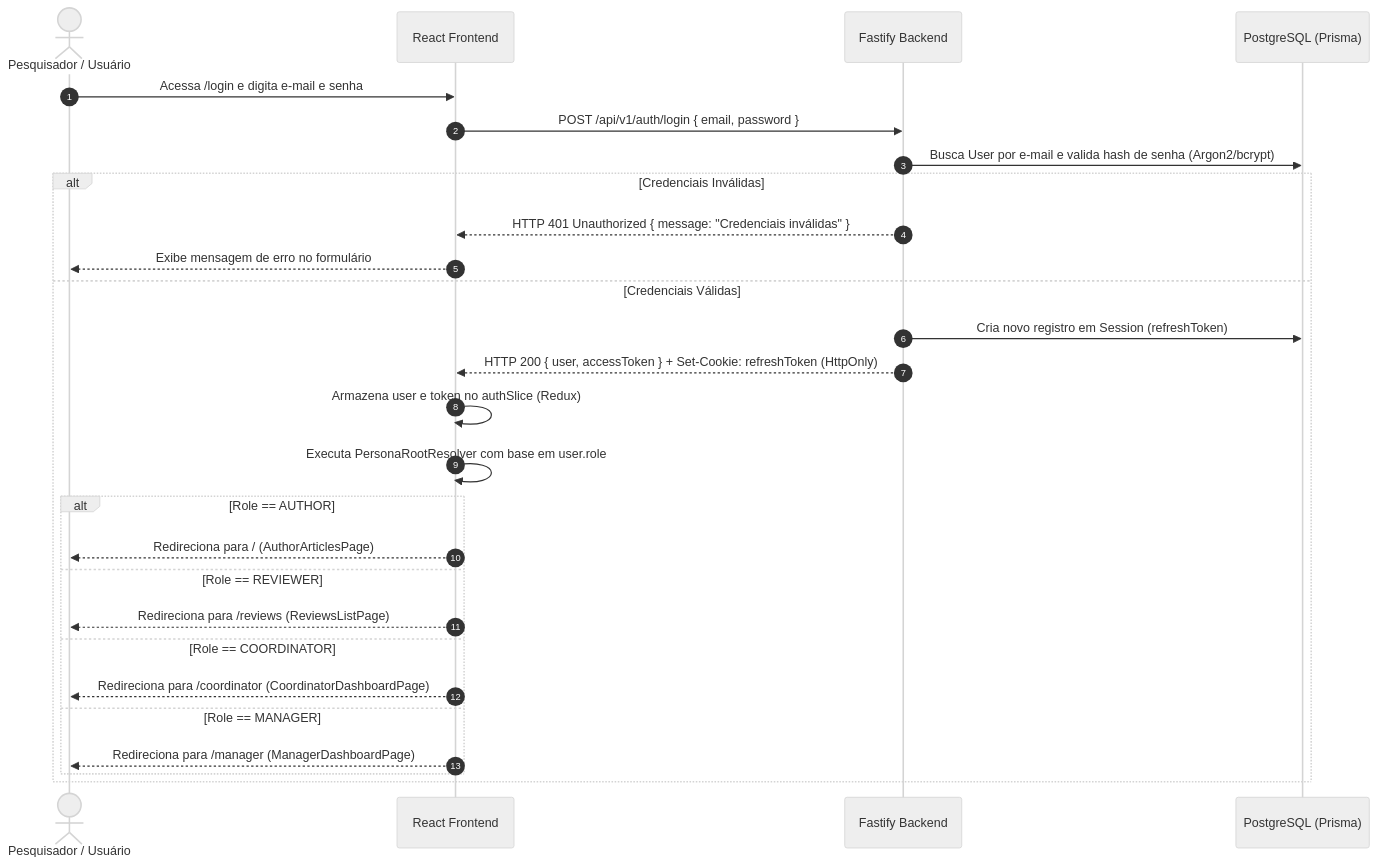
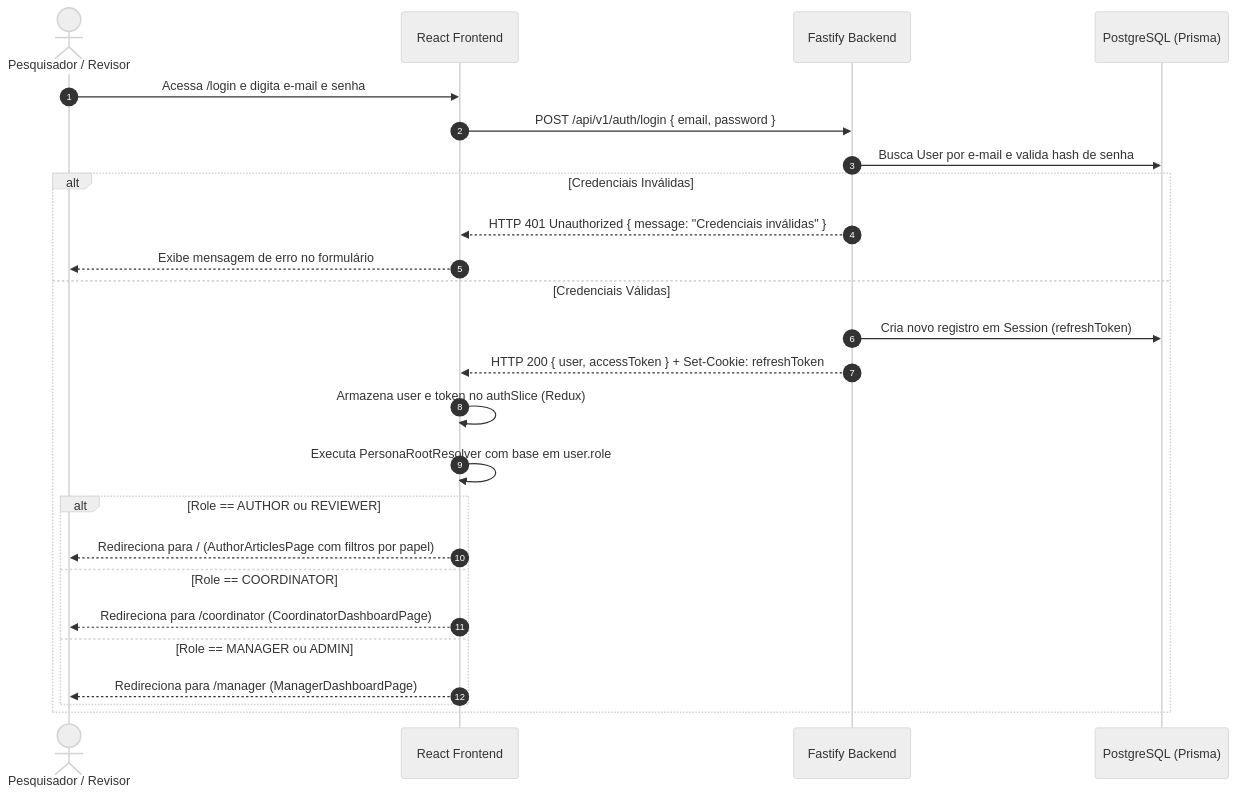
The third of 11 diagrams in docs/planning/APP_FLOWS.md (Digital-Analytics-Apps/sci-latex-vscode-ai), drawn with Mermaid (neutral theme) before and after one commit. The commit also changed other lines of this file and 42 other files, not shown here.

````diff
--- a/docs/planning/APP_FLOWS.md
+++ b/docs/planning/APP_FLOWS.md
@@ -110,30 +127,28 @@
 ```mermaid
 sequenceDiagram
     autonumber
-    actor User as Pesquisador / Usuário
+    actor User as Pesquisador / Revisor
     participant SPA as React Frontend
     participant Gateway as Fastify Backend
     participant DB as PostgreSQL (Prisma)
     
     User->>SPA: Acessa /login e digita e-mail e senha
     SPA->>Gateway: POST /api/v1/auth/login { email, password }
-    Gateway->>DB: Busca User por e-mail e valida hash de senha (Argon2/bcrypt)
+    Gateway->>DB: Busca User por e-mail e valida hash de senha
     alt Credenciais Inválidas
         Gateway-->>SPA: HTTP 401 Unauthorized { message: "Credenciais inválidas" }
         SPA-->>User: Exibe mensagem de erro no formulário
     else Credenciais Válidas
         Gateway->>DB: Cria novo registro em Session (refreshToken)
-        Gateway-->>SPA: HTTP 200 { user, accessToken } + Set-Cookie: refreshToken (HttpOnly)
+        Gateway-->>SPA: HTTP 200 { user, accessToken } + Set-Cookie: refreshToken
         SPA->>SPA: Armazena user e token no authSlice (Redux)
         SPA->>SPA: Executa PersonaRootResolver com base em user.role
-        alt Role == AUTHOR
-            SPA-->>User: Redireciona para / (AuthorArticlesPage)
-        else Role == REVIEWER
-            SPA-->>User: Redireciona para /reviews (ReviewsListPage)
+        alt Role == AUTHOR ou REVIEWER
+            SPA-->>User: Redireciona para / (AuthorArticlesPage com filtros por papel)
         else Role == COORDINATOR
             SPA-->>User: Redireciona para /coordinator (CoordinatorDashboardPage)
-        else Role == MANAGER
+        else Role == MANAGER ou ADMIN
             SPA-->>User: Redireciona para /manager (ManagerDashboardPage)
         end
     end
 ```
````
